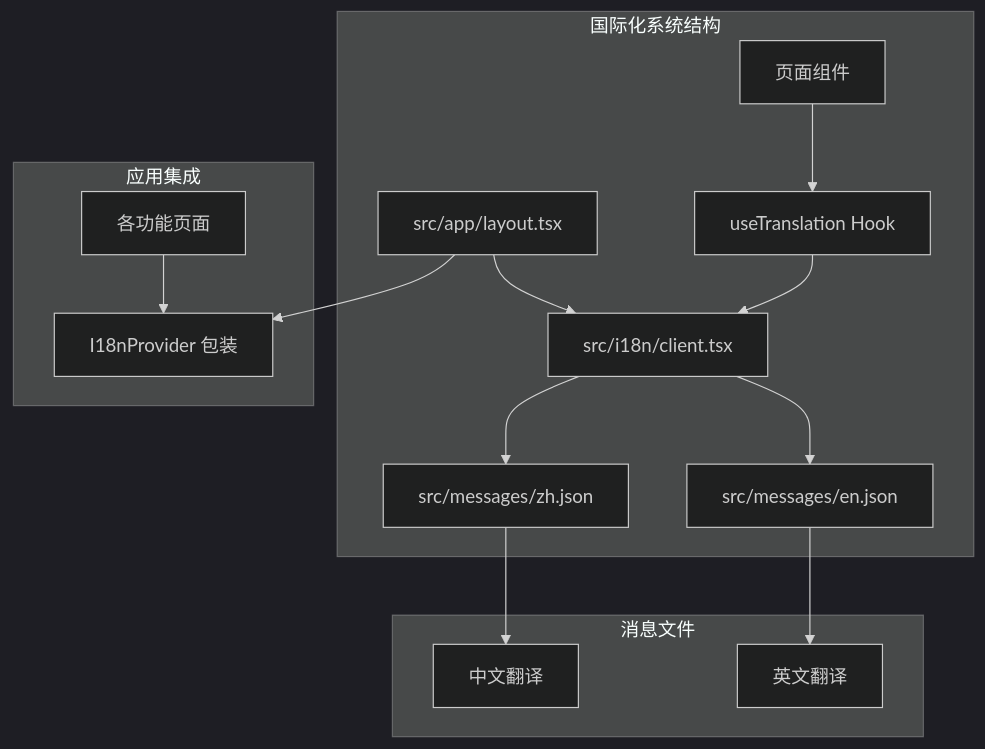
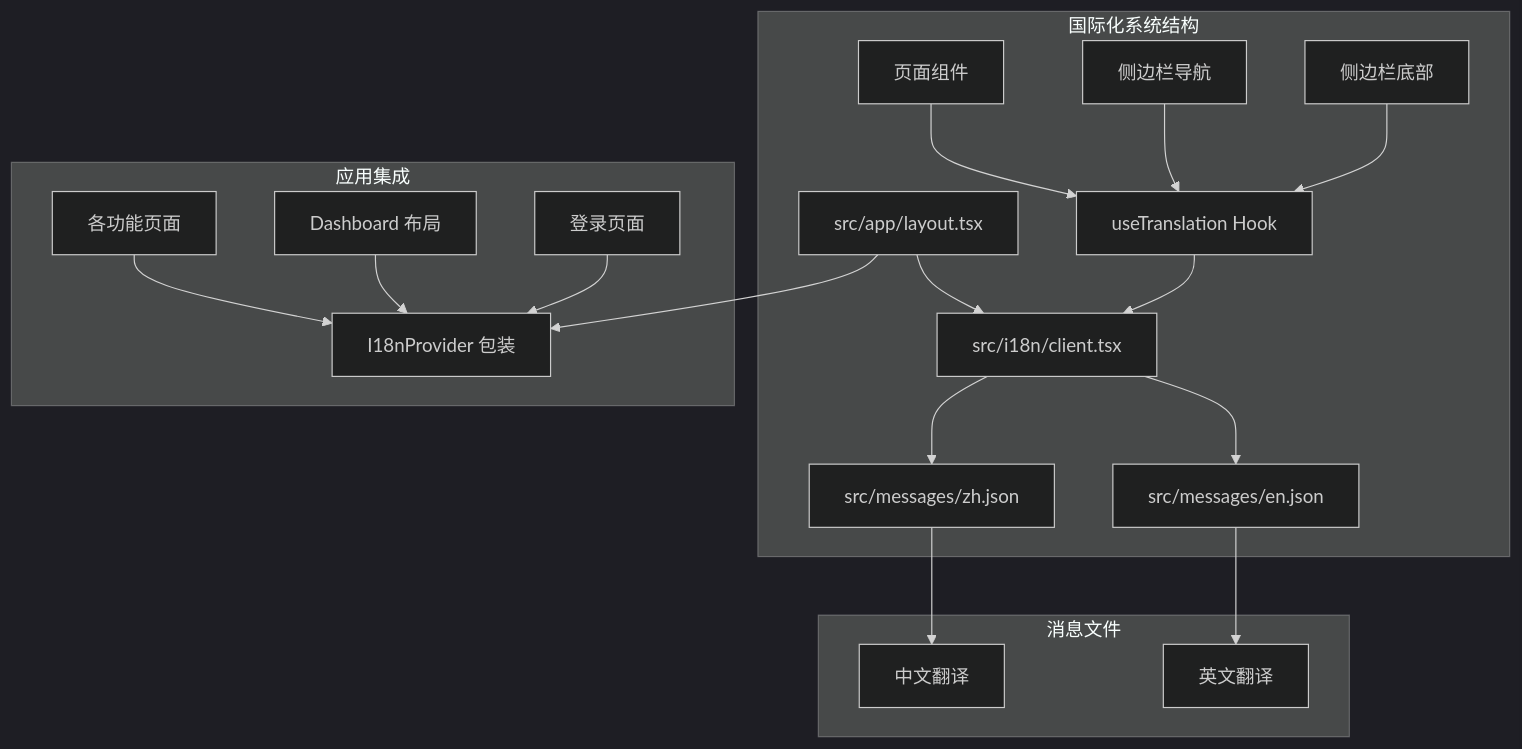
One commit to RadiumAg/AIGate changed the first of 6 diagrams in .qoder/repowiki/zh/content/开发指南/国际化系统.md. Above: the diagram before and after it, drawn with Mermaid (dark theme). The commit also changed other lines of this file and 9 other files, not shown here.

````diff
--- a/.qoder/repowiki/zh/content/开发指南/国际化系统.md
+++ b/.qoder/repowiki/zh/content/开发指南/国际化系统.md
@@ -51,18 +56,22 @@
 ```mermaid
 graph TB
 subgraph "国际化系统结构"
 A[src/i18n/client.tsx] --> B[src/messages/zh.json]
 A --> C[src/messages/en.json]
 D[src/app/layout.tsx] --> A
 E[页面组件] --> F[useTranslation Hook]
 F --> A
+G[侧边栏导航] --> F
+H[侧边栏底部] --> F
 end
 subgraph "消息文件"
-B --> G[中文翻译]
-C --> H[英文翻译]
+B --> I[中文翻译]
+C --> J[英文翻译]
 end
 subgraph "应用集成"
-D --> I[I18nProvider 包装]
-J[各功能页面] --> I
+D --> K[I18nProvider 包装]
+L[各功能页面] --> K
+M[Dashboard 布局] --> K
+N[登录页面] --> K
 end
 ```
````
